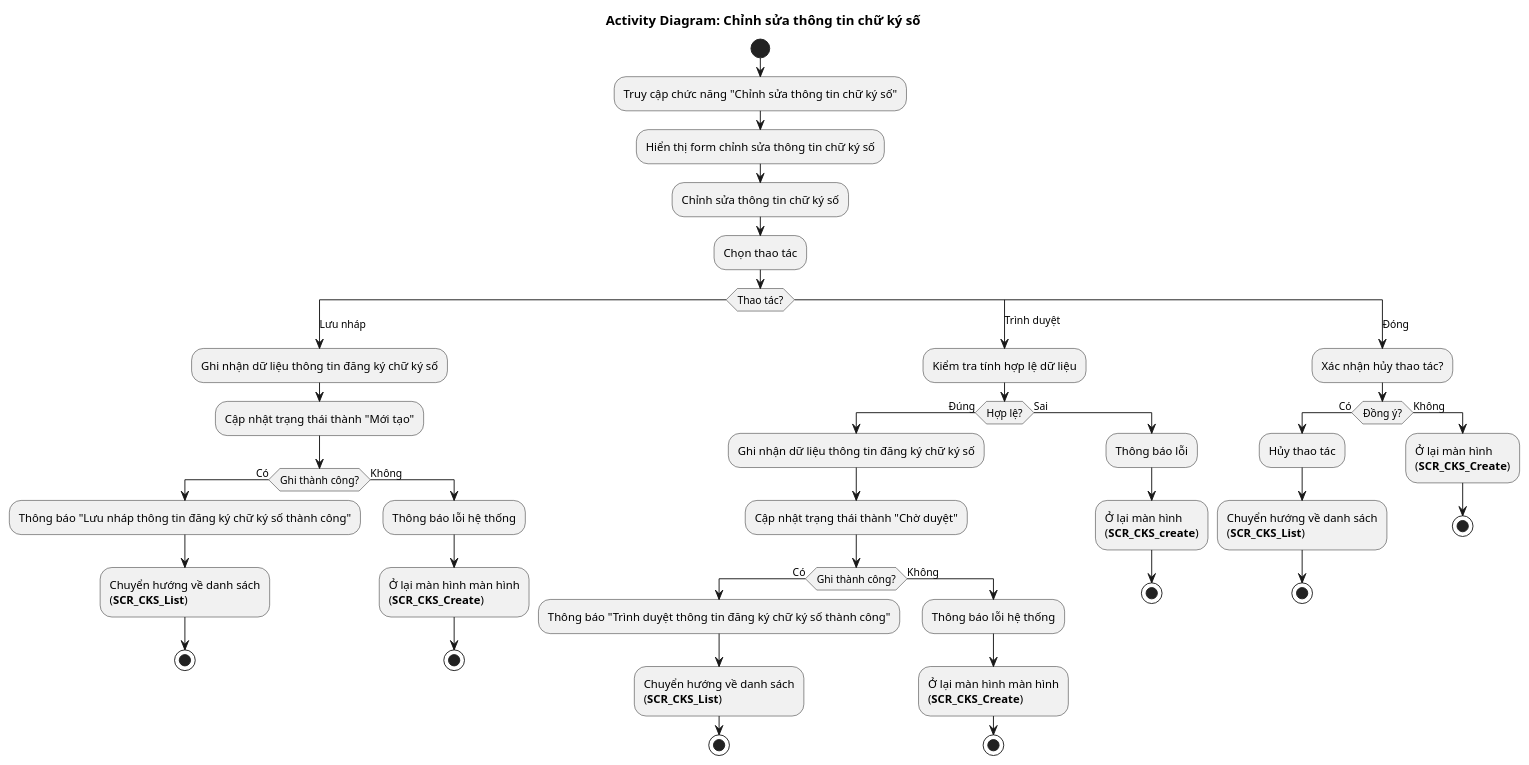
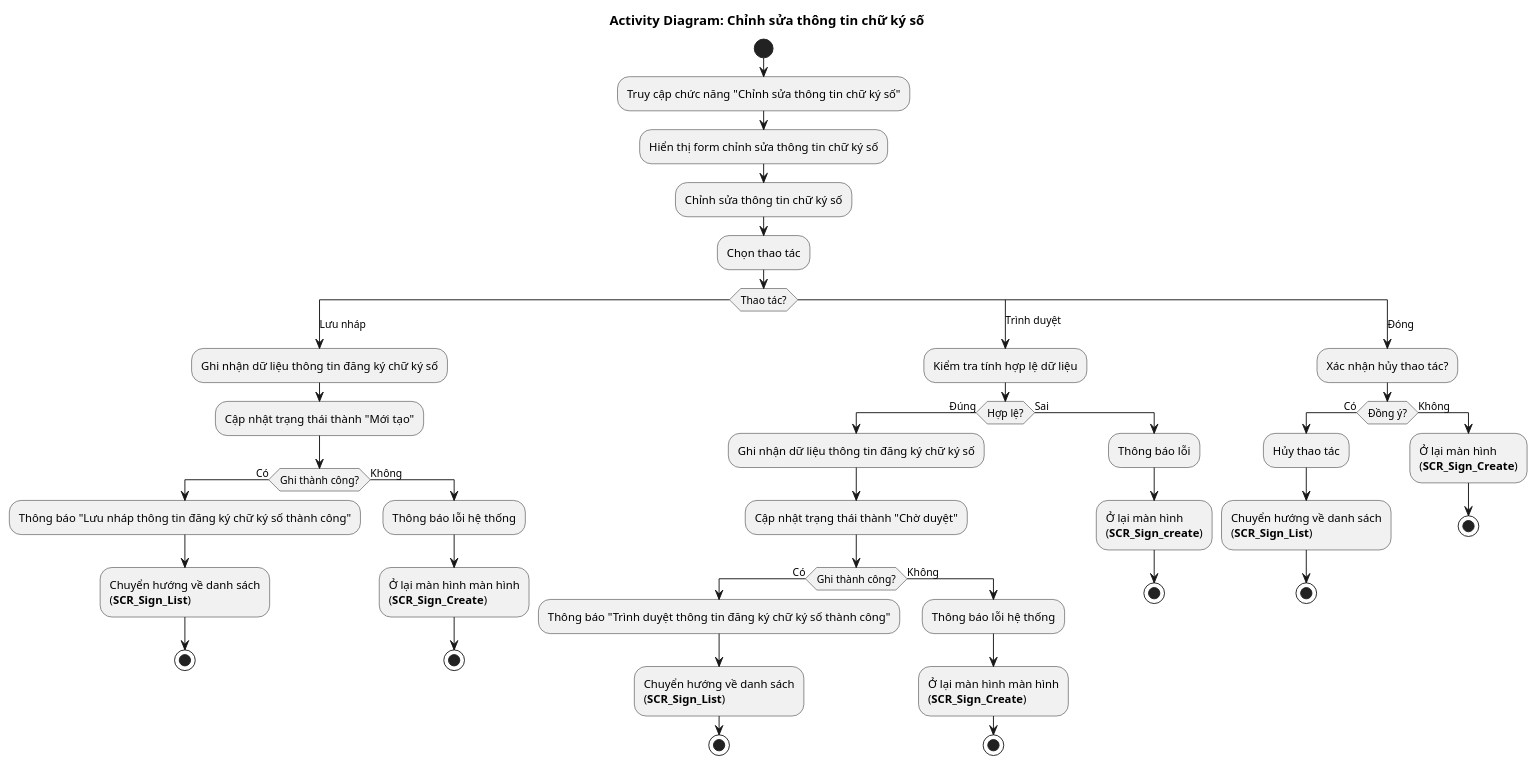
Before and after one commit to phuongpm23/nds-docs-test: the diagram in Quản lý công chứng viên/4.usecases/ChuKySo/ChinhSua/AD_Sign_Update.puml, drawn with PlantUML. The commit also changed 4 other files, not shown here.

```diff
--- a/Quản lý công chứng viên/4.usecases/ChuKySo/ChinhSua/AD_Sign_Update.puml
+++ b/Quản lý công chứng viên/4.usecases/ChuKySo/ChinhSua/AD_Sign_Update.puml
@@ -1,52 +1,52 @@
 @startuml AD_Sign_Update
 !pragma layout smetana
 title Activity Diagram: Chỉnh sửa thông tin chữ ký số
 start
 :Truy cập chức năng "Chỉnh sửa thông tin chữ ký số";
 :Hiển thị form chỉnh sửa thông tin chữ ký số;
 :Chỉnh sửa thông tin chữ ký số;
   :Chọn thao tác;
   switch (Thao tác?)
     case (Lưu nháp)
       :Ghi nhận dữ liệu thông tin đăng ký chữ ký số;
       :Cập nhật trạng thái thành "Mới tạo";
       if (Ghi thành công?) then (Có)
         :Thông báo "Lưu nháp thông tin đăng ký chữ ký số thành công";
-        :Chuyển hướng về danh sách\n(**SCR_CKS_List**);
+        :Chuyển hướng về danh sách\n(**SCR_Sign_List**);
         stop
       else (Không)
         :Thông báo lỗi hệ thống;
-        :Ở lại màn hình màn hình\n(**SCR_CKS_Create**);
+        :Ở lại màn hình màn hình\n(**SCR_Sign_Create**);
         stop
       endif
     case (Trình duyệt)
       :Kiểm tra tính hợp lệ dữ liệu;
       if (Hợp lệ?) then (Đúng)
         :Ghi nhận dữ liệu thông tin đăng ký chữ ký số;
         :Cập nhật trạng thái thành "Chờ duyệt";
           if (Ghi thành công?) then (Có)
             :Thông báo "Trình duyệt thông tin đăng ký chữ ký số thành công";
-            :Chuyển hướng về danh sách\n(**SCR_CKS_List**);
+            :Chuyển hướng về danh sách\n(**SCR_Sign_List**);
             stop
           else (Không)
             :Thông báo lỗi hệ thống;
-            :Ở lại màn hình màn hình\n(**SCR_CKS_Create**);
+            :Ở lại màn hình màn hình\n(**SCR_Sign_Create**);
             stop
           endif
       else (Sai)
         :Thông báo lỗi;
-        :Ở lại màn hình\n(**SCR_CKS_create**);
+        :Ở lại màn hình\n(**SCR_Sign_create**);
         stop
       endif
     case (Đóng)
       :Xác nhận hủy thao tác?;
       if (Đồng ý?) then (Có)
         :Hủy thao tác;
-        :Chuyển hướng về danh sách\n(**SCR_CKS_List**);
+        :Chuyển hướng về danh sách\n(**SCR_Sign_List**);
         stop
       else (Không)
-        :Ở lại màn hình\n(**SCR_CKS_Create**);
+        :Ở lại màn hình\n(**SCR_Sign_Create**);
         stop
       endif
   endswitch
 @enduml
```
